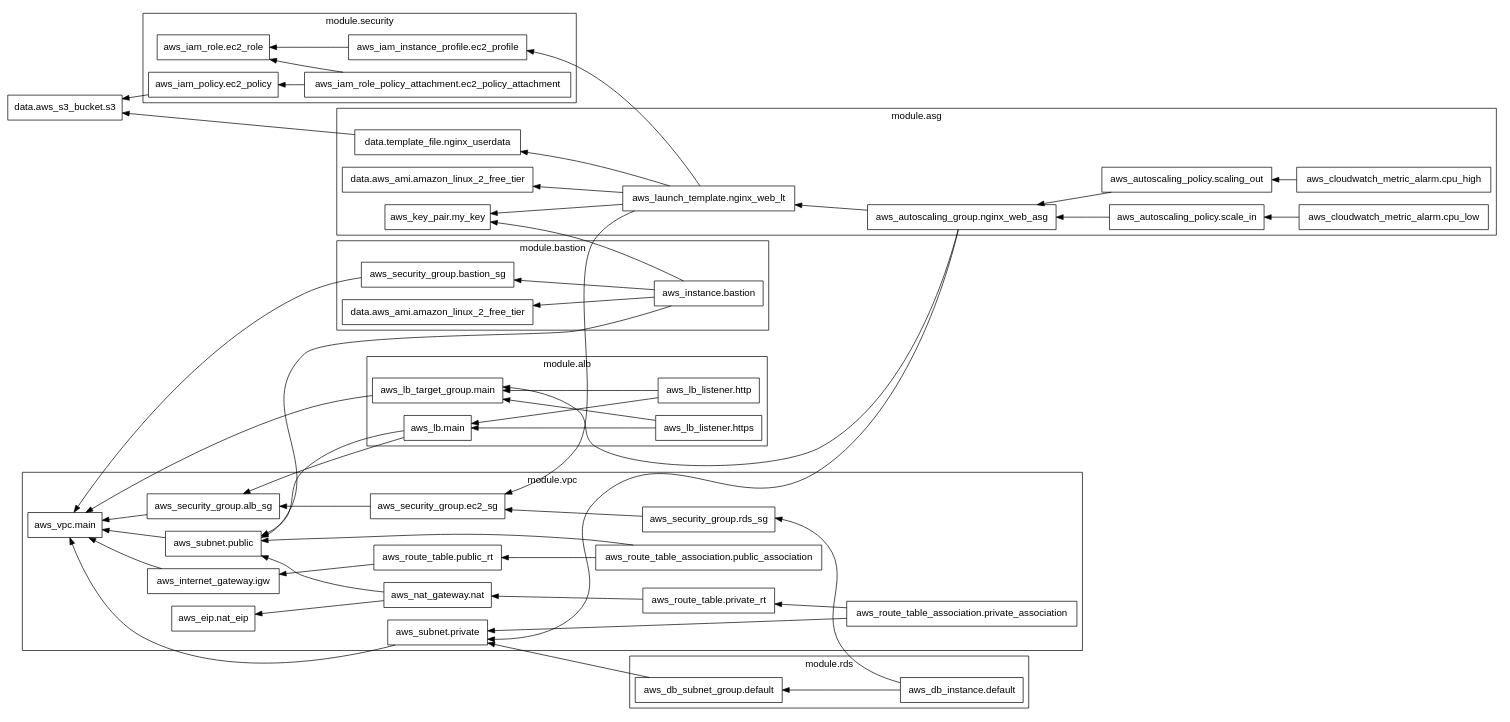
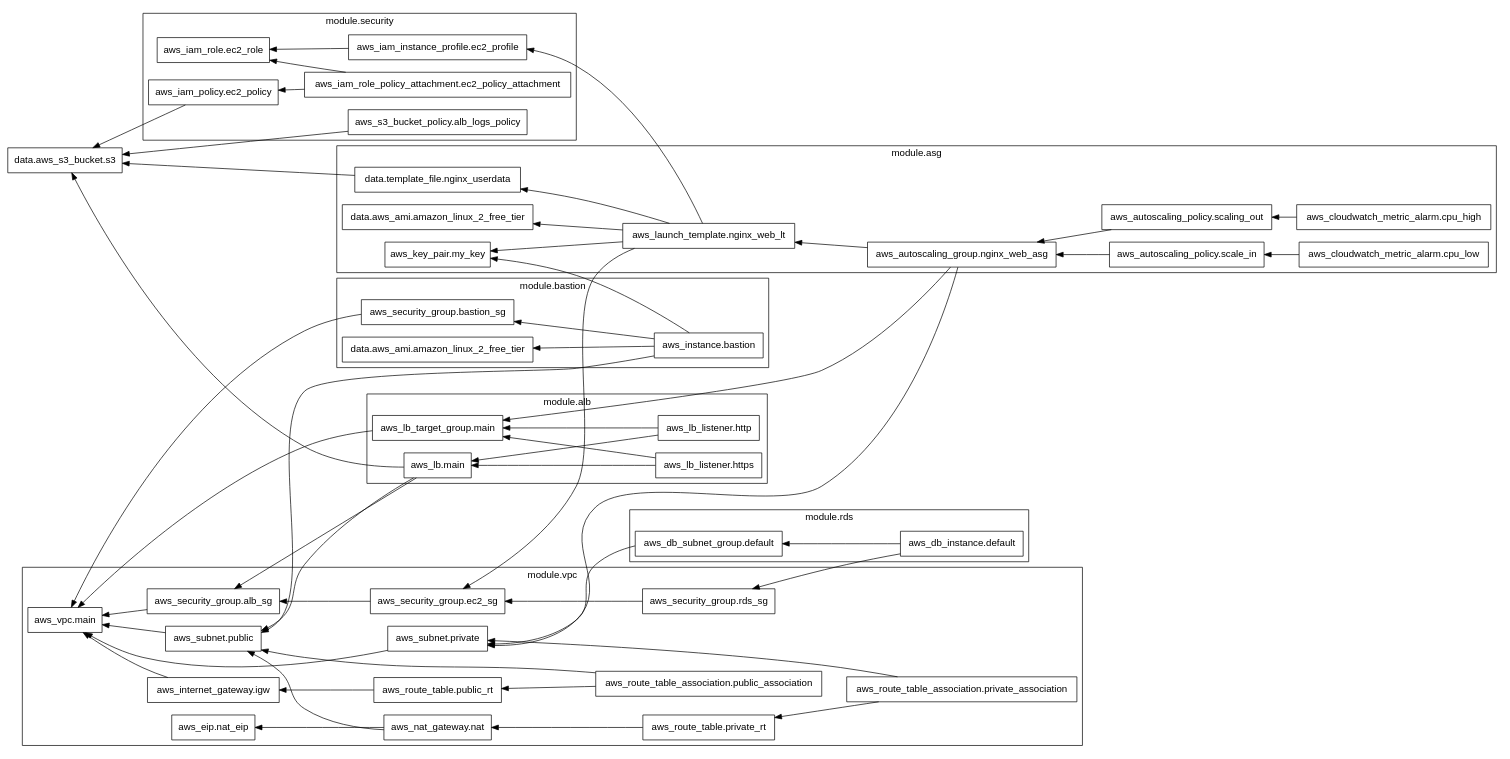
Before and after one commit to DimRev/devops-multitier-app-terraform: the diagram in assets/graph.dot, drawn with Graphviz. The commit also changed 14 other files, not shown here.

```diff
--- a/assets/graph.dot
+++ b/assets/graph.dot
@@ -1,110 +1,113 @@
 digraph G {
   rankdir = "RL";
   node [shape = rect, fontname = "sans-serif"];
   "data.aws_s3_bucket.s3" [label="data.aws_s3_bucket.s3"];
   subgraph "cluster_module.alb" {
     label = "module.alb"
     fontname = "sans-serif"
     "module.alb.aws_lb.main" [label="aws_lb.main"];
     "module.alb.aws_lb_listener.http" [label="aws_lb_listener.http"];
     "module.alb.aws_lb_listener.https" [label="aws_lb_listener.https"];
     "module.alb.aws_lb_target_group.main" [label="aws_lb_target_group.main"];
   }
   subgraph "cluster_module.asg" {
     label = "module.asg"
     fontname = "sans-serif"
     "module.asg.data.aws_ami.amazon_linux_2_free_tier" [label="data.aws_ami.amazon_linux_2_free_tier"];
     "module.asg.data.template_file.nginx_userdata" [label="data.template_file.nginx_userdata"];
     "module.asg.aws_autoscaling_group.nginx_web_asg" [label="aws_autoscaling_group.nginx_web_asg"];
     "module.asg.aws_autoscaling_policy.scale_in" [label="aws_autoscaling_policy.scale_in"];
     "module.asg.aws_autoscaling_policy.scaling_out" [label="aws_autoscaling_policy.scaling_out"];
     "module.asg.aws_cloudwatch_metric_alarm.cpu_high" [label="aws_cloudwatch_metric_alarm.cpu_high"];
     "module.asg.aws_cloudwatch_metric_alarm.cpu_low" [label="aws_cloudwatch_metric_alarm.cpu_low"];
     "module.asg.aws_key_pair.my_key" [label="aws_key_pair.my_key"];
     "module.asg.aws_launch_template.nginx_web_lt" [label="aws_launch_template.nginx_web_lt"];
   }
   subgraph "cluster_module.bastion" {
     label = "module.bastion"
     fontname = "sans-serif"
     "module.bastion.data.aws_ami.amazon_linux_2_free_tier" [label="data.aws_ami.amazon_linux_2_free_tier"];
     "module.bastion.aws_instance.bastion" [label="aws_instance.bastion"];
     "module.bastion.aws_security_group.bastion_sg" [label="aws_security_group.bastion_sg"];
   }
   subgraph "cluster_module.rds" {
     label = "module.rds"
     fontname = "sans-serif"
     "module.rds.aws_db_instance.default" [label="aws_db_instance.default"];
     "module.rds.aws_db_subnet_group.default" [label="aws_db_subnet_group.default"];
   }
   subgraph "cluster_module.security" {
     label = "module.security"
     fontname = "sans-serif"
     "module.security.aws_iam_instance_profile.ec2_profile" [label="aws_iam_instance_profile.ec2_profile"];
     "module.security.aws_iam_policy.ec2_policy" [label="aws_iam_policy.ec2_policy"];
     "module.security.aws_iam_role.ec2_role" [label="aws_iam_role.ec2_role"];
     "module.security.aws_iam_role_policy_attachment.ec2_policy_attachment" [label="aws_iam_role_policy_attachment.ec2_policy_attachment"];
+    "module.security.aws_s3_bucket_policy.alb_logs_policy" [label="aws_s3_bucket_policy.alb_logs_policy"];
   }
   subgraph "cluster_module.vpc" {
     label = "module.vpc"
     fontname = "sans-serif"
     "module.vpc.aws_eip.nat_eip" [label="aws_eip.nat_eip"];
     "module.vpc.aws_internet_gateway.igw" [label="aws_internet_gateway.igw"];
     "module.vpc.aws_nat_gateway.nat" [label="aws_nat_gateway.nat"];
     "module.vpc.aws_route_table.private_rt" [label="aws_route_table.private_rt"];
     "module.vpc.aws_route_table.public_rt" [label="aws_route_table.public_rt"];
     "module.vpc.aws_route_table_association.private_association" [label="aws_route_table_association.private_association"];
     "module.vpc.aws_route_table_association.public_association" [label="aws_route_table_association.public_association"];
     "module.vpc.aws_security_group.alb_sg" [label="aws_security_group.alb_sg"];
     "module.vpc.aws_security_group.ec2_sg" [label="aws_security_group.ec2_sg"];
     "module.vpc.aws_security_group.rds_sg" [label="aws_security_group.rds_sg"];
     "module.vpc.aws_subnet.private" [label="aws_subnet.private"];
     "module.vpc.aws_subnet.public" [label="aws_subnet.public"];
     "module.vpc.aws_vpc.main" [label="aws_vpc.main"];
   }
+  "module.alb.aws_lb.main" -> "data.aws_s3_bucket.s3";
   "module.alb.aws_lb.main" -> "module.vpc.aws_security_group.alb_sg";
   "module.alb.aws_lb.main" -> "module.vpc.aws_subnet.public";
   "module.alb.aws_lb_listener.http" -> "module.alb.aws_lb.main";
   "module.alb.aws_lb_listener.http" -> "module.alb.aws_lb_target_group.main";
   "module.alb.aws_lb_listener.https" -> "module.alb.aws_lb.main";
   "module.alb.aws_lb_listener.https" -> "module.alb.aws_lb_target_group.main";
   "module.alb.aws_lb_target_group.main" -> "module.vpc.aws_vpc.main";
   "module.asg.data.template_file.nginx_userdata" -> "data.aws_s3_bucket.s3";
   "module.asg.aws_autoscaling_group.nginx_web_asg" -> "module.alb.aws_lb_target_group.main";
   "module.asg.aws_autoscaling_group.nginx_web_asg" -> "module.asg.aws_launch_template.nginx_web_lt";
   "module.asg.aws_autoscaling_group.nginx_web_asg" -> "module.vpc.aws_subnet.private";
   "module.asg.aws_autoscaling_policy.scale_in" -> "module.asg.aws_autoscaling_group.nginx_web_asg";
   "module.asg.aws_autoscaling_policy.scaling_out" -> "module.asg.aws_autoscaling_group.nginx_web_asg";
   "module.asg.aws_cloudwatch_metric_alarm.cpu_high" -> "module.asg.aws_autoscaling_policy.scaling_out";
   "module.asg.aws_cloudwatch_metric_alarm.cpu_low" -> "module.asg.aws_autoscaling_policy.scale_in";
   "module.asg.aws_launch_template.nginx_web_lt" -> "module.asg.data.aws_ami.amazon_linux_2_free_tier";
   "module.asg.aws_launch_template.nginx_web_lt" -> "module.asg.data.template_file.nginx_userdata";
   "module.asg.aws_launch_template.nginx_web_lt" -> "module.asg.aws_key_pair.my_key";
   "module.asg.aws_launch_template.nginx_web_lt" -> "module.security.aws_iam_instance_profile.ec2_profile";
   "module.asg.aws_launch_template.nginx_web_lt" -> "module.vpc.aws_security_group.ec2_sg";
   "module.bastion.aws_instance.bastion" -> "module.asg.aws_key_pair.my_key";
   "module.bastion.aws_instance.bastion" -> "module.bastion.data.aws_ami.amazon_linux_2_free_tier";
   "module.bastion.aws_instance.bastion" -> "module.bastion.aws_security_group.bastion_sg";
   "module.bastion.aws_instance.bastion" -> "module.vpc.aws_subnet.public";
   "module.bastion.aws_security_group.bastion_sg" -> "module.vpc.aws_vpc.main";
   "module.rds.aws_db_instance.default" -> "module.rds.aws_db_subnet_group.default";
   "module.rds.aws_db_instance.default" -> "module.vpc.aws_security_group.rds_sg";
   "module.rds.aws_db_subnet_group.default" -> "module.vpc.aws_subnet.private";
   "module.security.aws_iam_instance_profile.ec2_profile" -> "module.security.aws_iam_role.ec2_role";
   "module.security.aws_iam_policy.ec2_policy" -> "data.aws_s3_bucket.s3";
   "module.security.aws_iam_role_policy_attachment.ec2_policy_attachment" -> "module.security.aws_iam_policy.ec2_policy";
   "module.security.aws_iam_role_policy_attachment.ec2_policy_attachment" -> "module.security.aws_iam_role.ec2_role";
+  "module.security.aws_s3_bucket_policy.alb_logs_policy" -> "data.aws_s3_bucket.s3";
   "module.vpc.aws_internet_gateway.igw" -> "module.vpc.aws_vpc.main";
   "module.vpc.aws_nat_gateway.nat" -> "module.vpc.aws_eip.nat_eip";
   "module.vpc.aws_nat_gateway.nat" -> "module.vpc.aws_subnet.public";
   "module.vpc.aws_route_table.private_rt" -> "module.vpc.aws_nat_gateway.nat";
   "module.vpc.aws_route_table.public_rt" -> "module.vpc.aws_internet_gateway.igw";
   "module.vpc.aws_route_table_association.private_association" -> "module.vpc.aws_route_table.private_rt";
   "module.vpc.aws_route_table_association.private_association" -> "module.vpc.aws_subnet.private";
   "module.vpc.aws_route_table_association.public_association" -> "module.vpc.aws_route_table.public_rt";
   "module.vpc.aws_route_table_association.public_association" -> "module.vpc.aws_subnet.public";
   "module.vpc.aws_security_group.alb_sg" -> "module.vpc.aws_vpc.main";
   "module.vpc.aws_security_group.ec2_sg" -> "module.vpc.aws_security_group.alb_sg";
   "module.vpc.aws_security_group.rds_sg" -> "module.vpc.aws_security_group.ec2_sg";
   "module.vpc.aws_subnet.private" -> "module.vpc.aws_vpc.main";
   "module.vpc.aws_subnet.public" -> "module.vpc.aws_vpc.main";
 }
```
